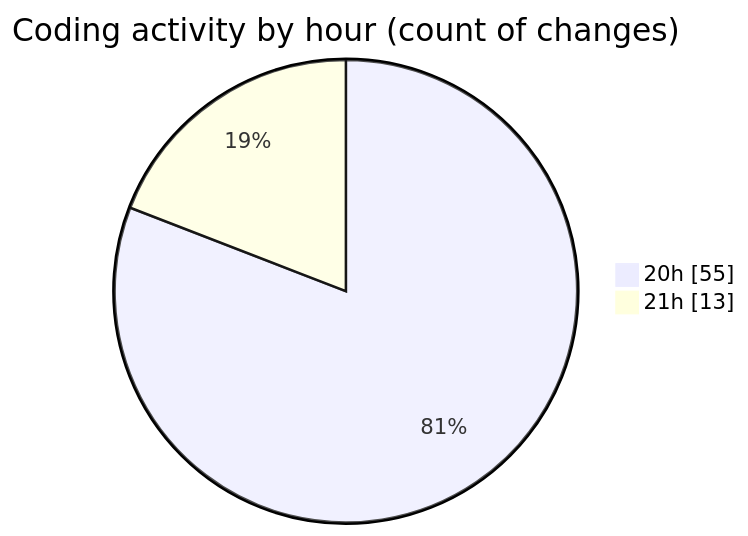
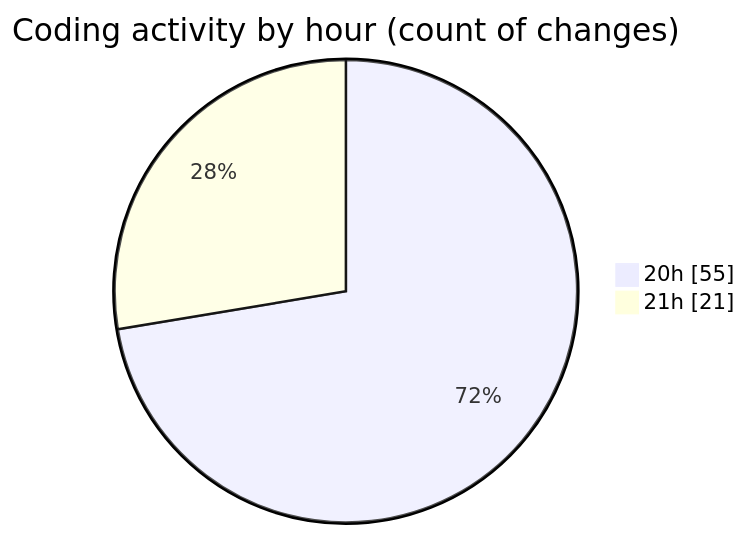
The second of 2 diagrams in 2025-05-08/date/README.md (Netris89/code-tracking), drawn with Mermaid before and after one commit. The commit also changed other lines of this file and 1 other file, not shown here.

````diff
--- a/2025-05-08/date/README.md
+++ b/2025-05-08/date/README.md
@@ -38,6 +38,6 @@
 ```mermaid
 pie showData
 title Coding activity by hour (count of changes)
 "20h" : 55
-"21h" : 13
+"21h" : 21
 ```
````
